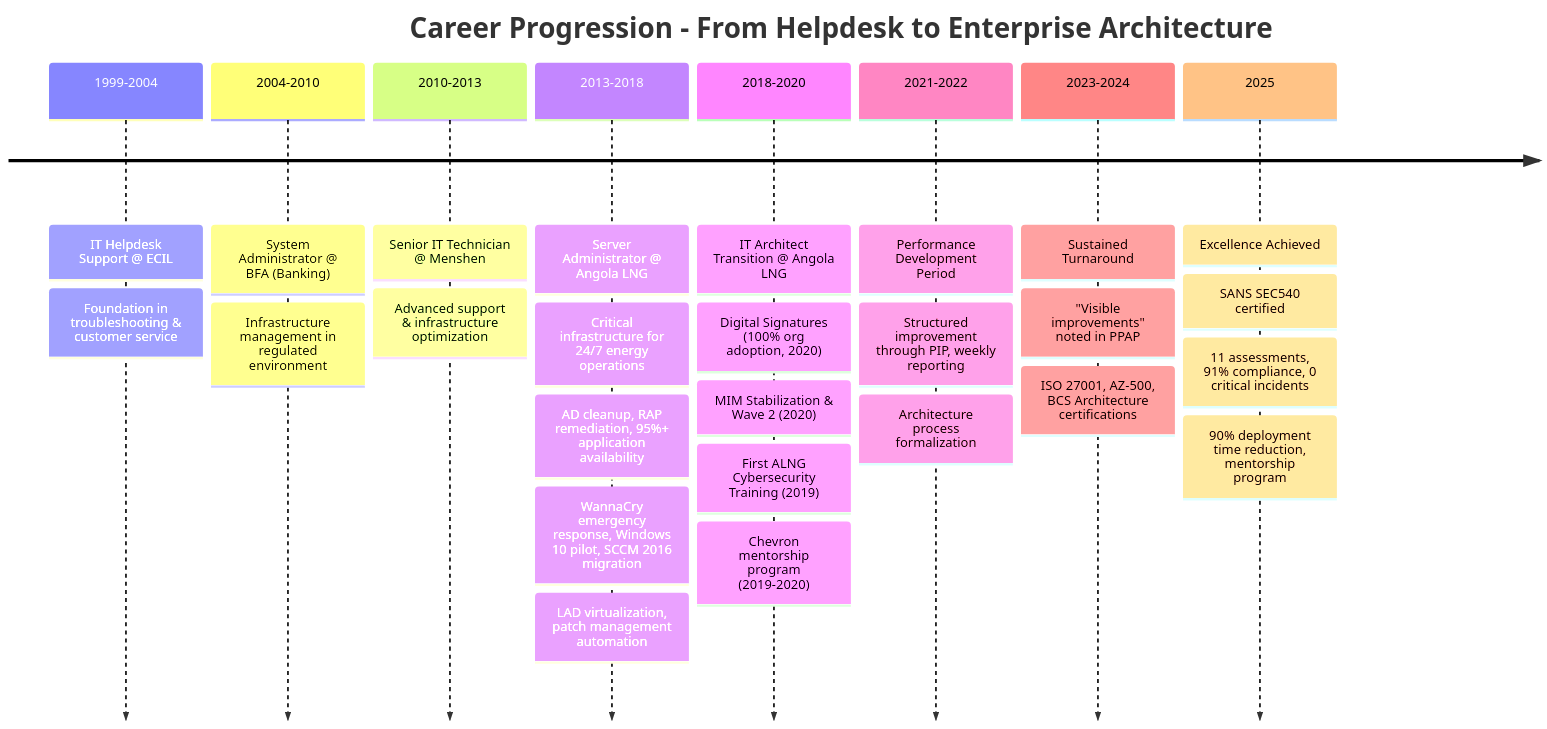
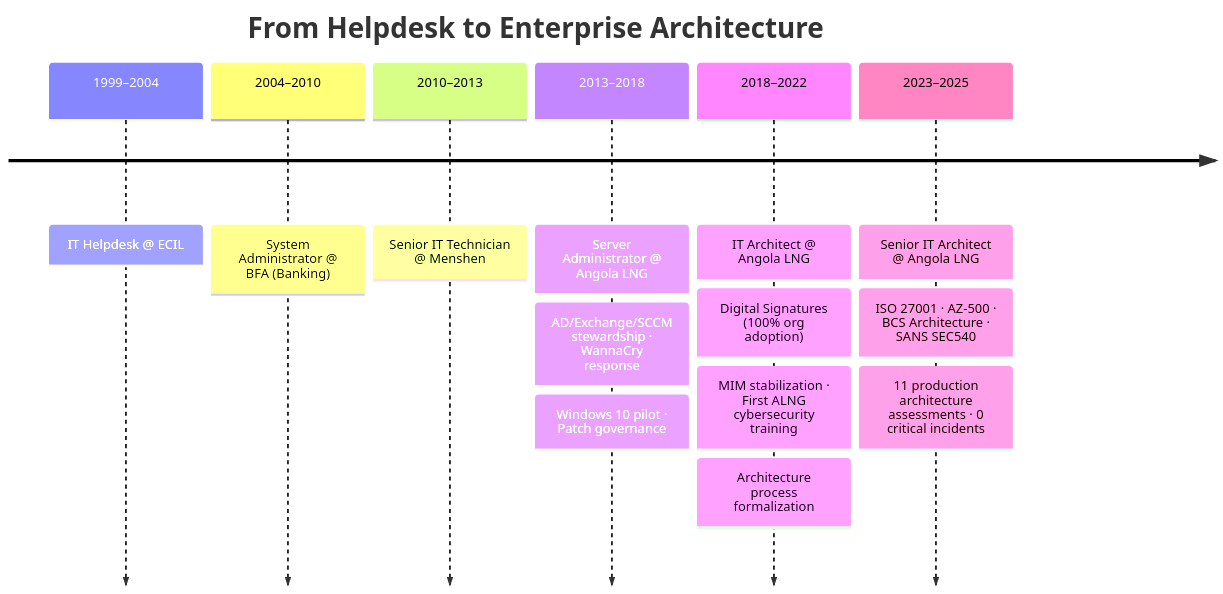
Before and after one commit to clrogon/clrogon: the diagram in README.md, drawn with Mermaid. The commit also changed other lines of this file, not shown here.

````diff
--- a/README.md
+++ b/README.md
@@ -135,30 +53,17 @@
 ```mermaid
 timeline
-    title Career Progression - From Helpdesk to Enterprise Architecture
-    1999-2004 : IT Helpdesk Support @ ECIL
-              : Foundation in troubleshooting & customer service
-    2004-2010 : System Administrator @ BFA (Banking)
-              : Infrastructure management in regulated environment
-    2010-2013 : Senior IT Technician @ Menshen
-              : Advanced support & infrastructure optimization
-    2013-2018 : Server Administrator @ Angola LNG
-              : Critical infrastructure for 24/7 energy operations
-              : AD cleanup, RAP remediation, 95%+ application availability
-              : WannaCry emergency response, Windows 10 pilot, SCCM 2016 migration
-              : LAD virtualization, patch management automation
-    2018-2020 : IT Architect Transition @ Angola LNG
-              : Digital Signatures (100% org adoption, 2020)
-              : MIM Stabilization & Wave 2 (2020)
-              : First ALNG Cybersecurity Training (2019)
-              : Chevron mentorship program (2019-2020)
-    2021-2022 : Performance Development Period
-              : Structured improvement through PIP, weekly reporting
+    title From Helpdesk to Enterprise Architecture
+    1999–2004 : IT Helpdesk @ ECIL
+    2004–2010 : System Administrator @ BFA (Banking)
+    2010–2013 : Senior IT Technician @ Menshen
+    2013–2018 : Server Administrator @ Angola LNG
+              : AD/Exchange/SCCM stewardship · WannaCry response
+              : Windows 10 pilot · Patch governance
+    2018–2022 : IT Architect @ Angola LNG
+              : Digital Signatures (100% org adoption)
+              : MIM stabilization · First ALNG cybersecurity training
               : Architecture process formalization
-    2023-2024 : Sustained Turnaround
-              : "Visible improvements" noted in PPAP
-              : ISO 27001, AZ-500, BCS Architecture certifications
-    2025 : Excellence Achieved
-         : SANS SEC540 certified
-         : 11 assessments, 91% compliance, 0 critical incidents
-         : 90% deployment time reduction, mentorship program
+    2023–2025 : Senior IT Architect @ Angola LNG
+              : ISO 27001 · AZ-500 · BCS Architecture · SANS SEC540
+              : 11 production architecture assessments · 0 critical incidents
 ```
````
